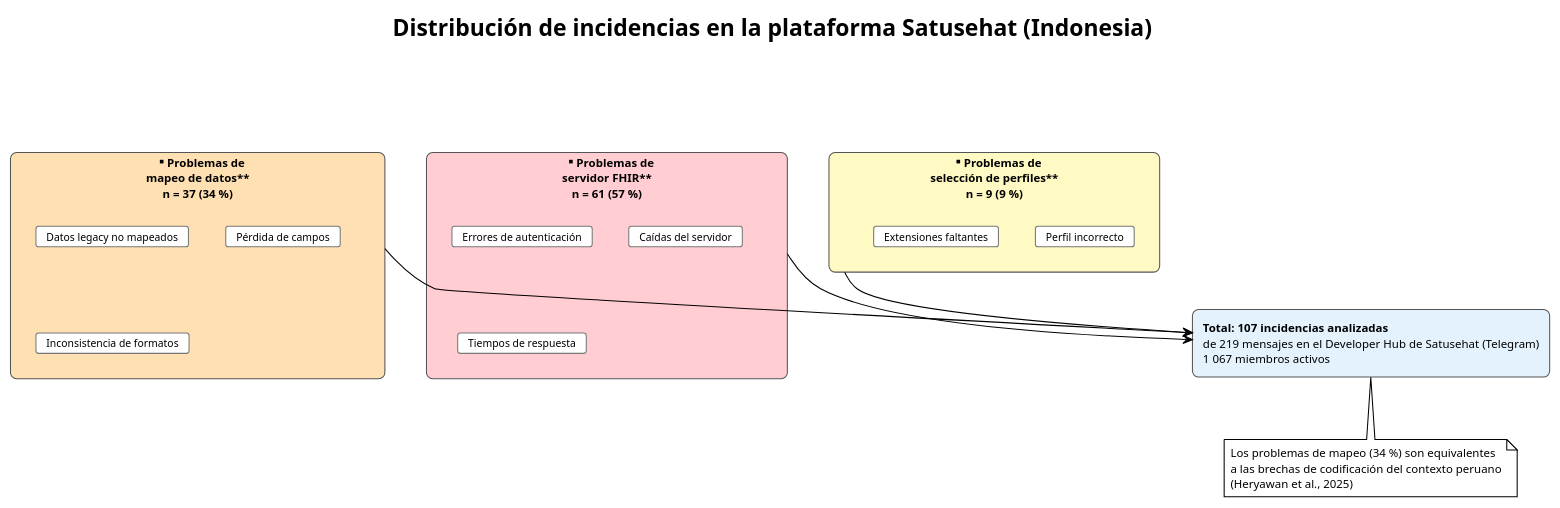
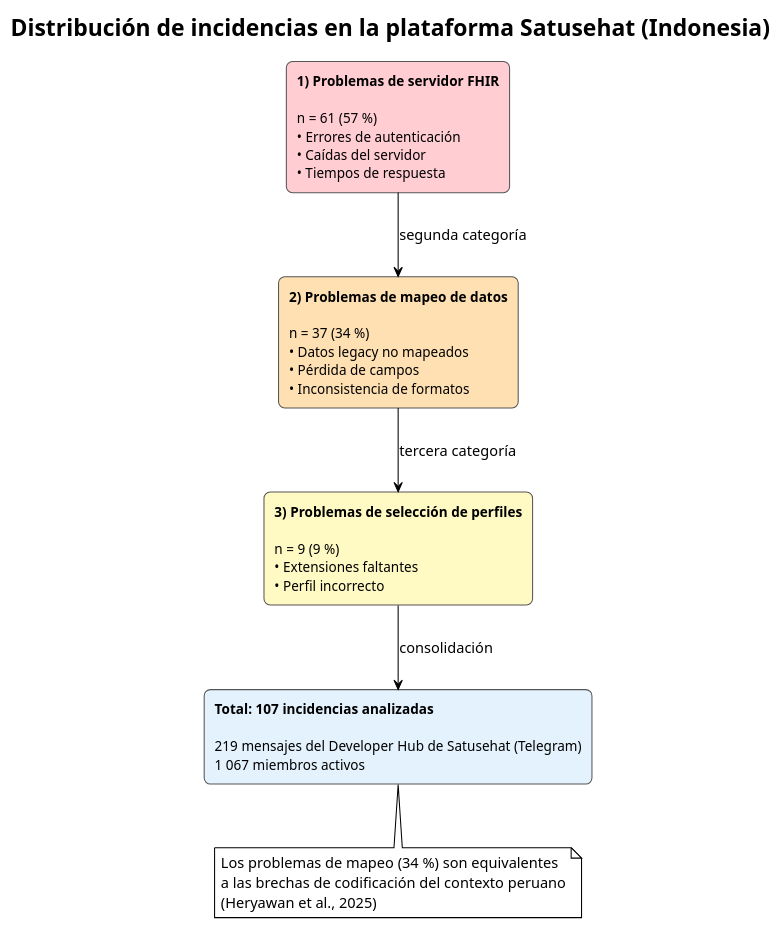
The diagram in media/diagrama-incidencias-satusehat.puml (genomike/seminario_de_investigacion), drawn with PlantUML before and after one commit. The commit also changed 18 other files, not shown here.

```diff
--- a/media/diagrama-incidencias-satusehat.puml
+++ b/media/diagrama-incidencias-satusehat.puml
@@ -1,53 +1,34 @@
 @startuml diagrama-incidencias-satusehat
 !theme plain
 skinparam backgroundColor white
 skinparam defaultFontName Arial
-skinparam defaultFontSize 11
+skinparam defaultFontSize 14
 skinparam shadowing false
 skinparam rectangle {
     RoundCorner 12
     BorderColor #555555
-    FontSize 11
+    FontSize 13
 }
-skinparam card {
-    BorderColor #777777
-    FontSize 10
-}
+top to bottom direction
 
 title <b>Distribución de incidencias en la plataforma Satusehat (Indonesia)</b>
 
-together {
-    rectangle "**Problemas de\nservidor FHIR**\nn = 61 (57 %)" as S #FFCDD2 {
-        card "Errores de autenticación" as S1
-        card "Caídas del servidor" as S2
-        card "Tiempos de respuesta" as S3
-    }
+rectangle "<b>1) Problemas de servidor FHIR</b>\n\nn = 61 (57 %)\n• Errores de autenticación\n• Caídas del servidor\n• Tiempos de respuesta" as S #FFCDD2
 
-    rectangle "**Problemas de\nmapeo de datos**\nn = 37 (34 %)" as M #FFE0B2 {
-        card "Datos legacy no mapeados" as M1
-        card "Pérdida de campos" as M2
-        card "Inconsistencia de formatos" as M3
-    }
+rectangle "<b>2) Problemas de mapeo de datos</b>\n\nn = 37 (34 %)\n• Datos legacy no mapeados\n• Pérdida de campos\n• Inconsistencia de formatos" as M #FFE0B2
 
-    rectangle "**Problemas de\nselección de perfiles**\nn = 9 (9 %)" as P #FFF9C4 {
-        card "Perfil incorrecto" as P1
-        card "Extensiones faltantes" as P2
-    }
-}
+rectangle "<b>3) Problemas de selección de perfiles</b>\n\nn = 9 (9 %)\n• Extensiones faltantes\n• Perfil incorrecto" as P #FFF9C4
 
-S -[hidden]right- M
-M -[hidden]right- P
+rectangle "<b>Total: 107 incidencias analizadas</b>\n\n219 mensajes del Developer Hub de Satusehat (Telegram)\n1 067 miembros activos" as TOTAL #E3F2FD
 
-rectangle "**Total: 107 incidencias analizadas**\nde 219 mensajes en el Developer Hub de Satusehat (Telegram)\n1 067 miembros activos" as TOTAL #E3F2FD
-
-S -down-> TOTAL
-M -down-> TOTAL
-P -down-> TOTAL
+S -down-> M : "segunda categoría"
+M -down-> P : "tercera categoría"
+P -down-> TOTAL : "consolidación"
 
 note bottom of TOTAL
   Los problemas de mapeo (34 %) son equivalentes
   a las brechas de codificación del contexto peruano
   (Heryawan et al., 2025)
 end note
 
 @enduml
```
